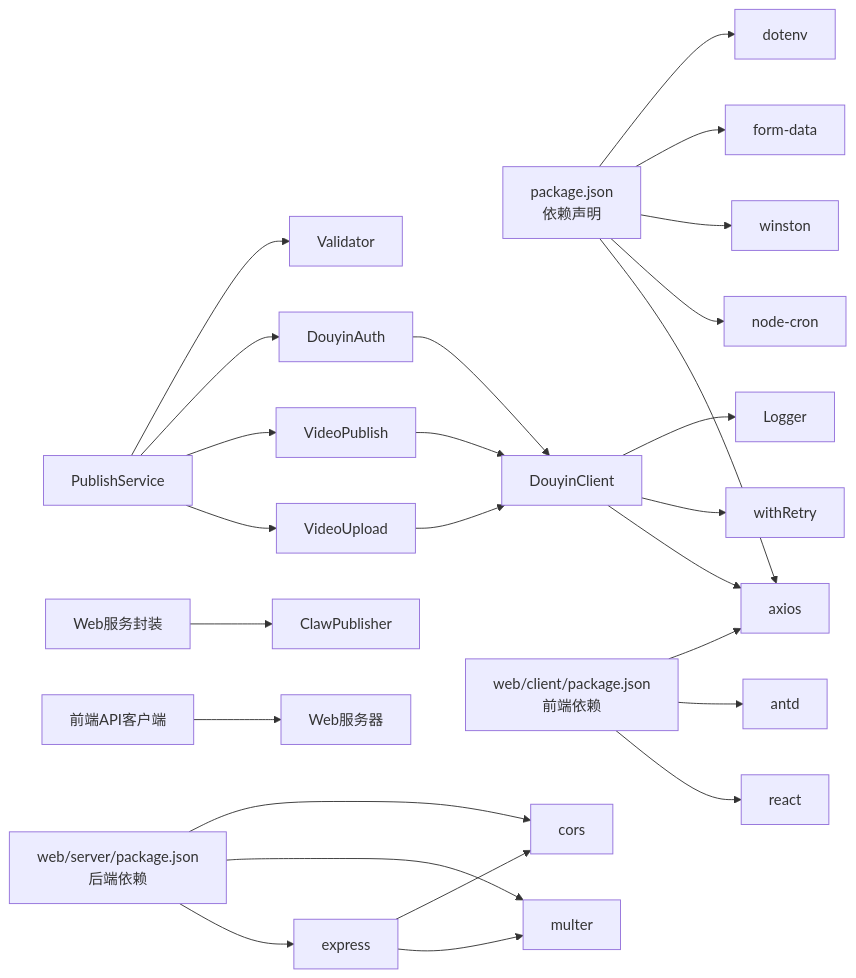
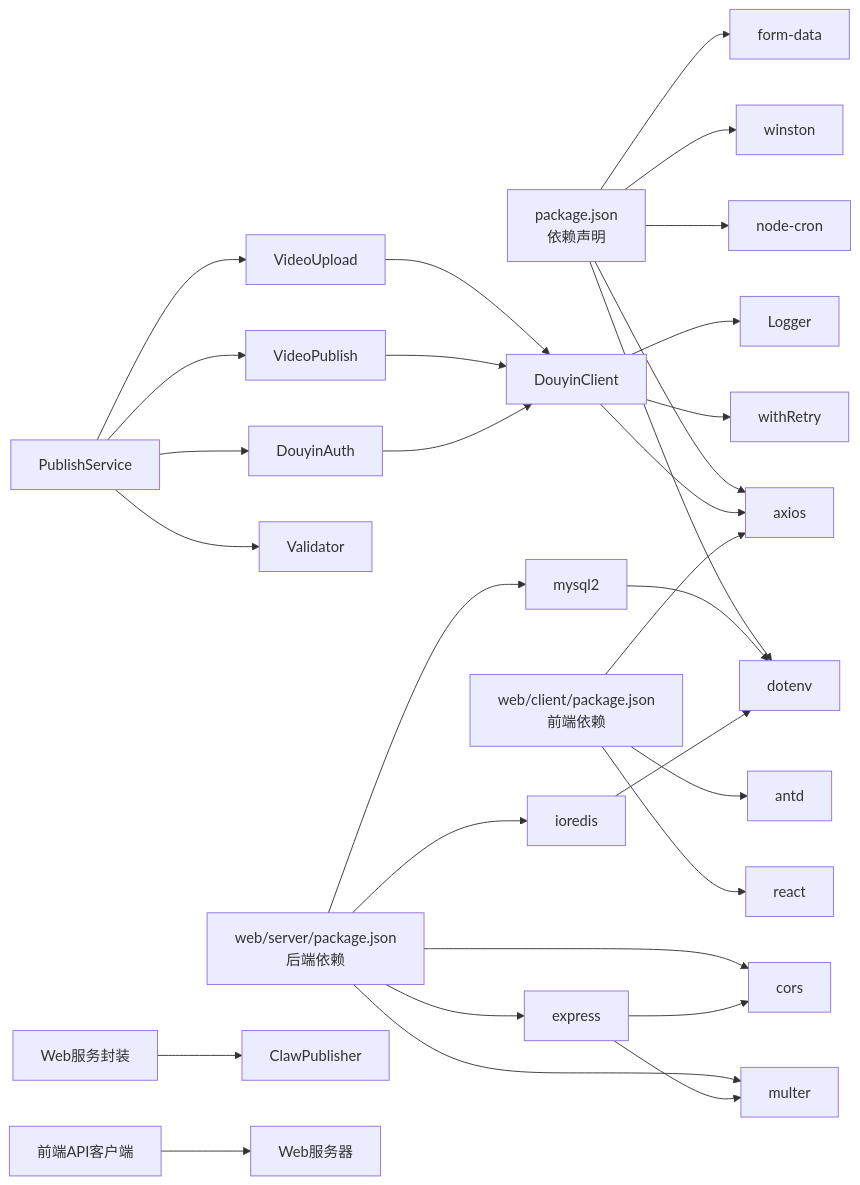
Diagram 13 of 13 in .qoder/repowiki/zh/content/项目概述/技术架构.md (songdiyang/clawOperations), drawn with Mermaid before and after one commit. The commit also changed other lines of this file and 10 other files, not shown here.

````diff
--- a/.qoder/repowiki/zh/content/项目概述/技术架构.md
+++ b/.qoder/repowiki/zh/content/项目概述/技术架构.md
@@ -677,28 +945,32 @@
 ```mermaid
 graph LR
 PKG["package.json<br/>依赖声明"] --> AX["axios"]
 PKG --> CRON["node-cron"]
 PKG --> WINST["winston"]
 PKG --> FD["form-data"]
 PKG --> DOT["dotenv"]
 DC["DouyinClient"] --> AX
 PS["PublishService"] --> VU["VideoUpload"]
 PS --> VP["VideoPublish"]
 PS --> AUTH["DouyinAuth"]
 VU --> DC
 VP --> DC
 AUTH --> DC
 DC --> RETRY["withRetry"]
 DC --> LOG["Logger"]
 PS --> VALID["Validator"]
 WEBAPI["web/client/package.json<br/>前端依赖"] --> REACT["react"]
 WEBAPI --> ANT["antd"]
 WEBAPI --> AX
 WEBSERVER["web/server/package.json<br/>后端依赖"] --> EXP["express"]
 WEBSERVER --> MUL["multer"]
 WEBSERVER --> CORS["cors"]
+WEBSERVER --> MYSQL["mysql2"]
+WEBSERVER --> REDIS["ioredis"]
 EXP --> MUL
 EXP --> CORS
+MYSQL --> DOT
+REDIS --> DOT
 ENDSERVICE["Web服务封装"] --> IDX["ClawPublisher"]
 ENDCLIENT["前端API客户端"] --> ENDPOINT["Web服务器"]
 ```
````
